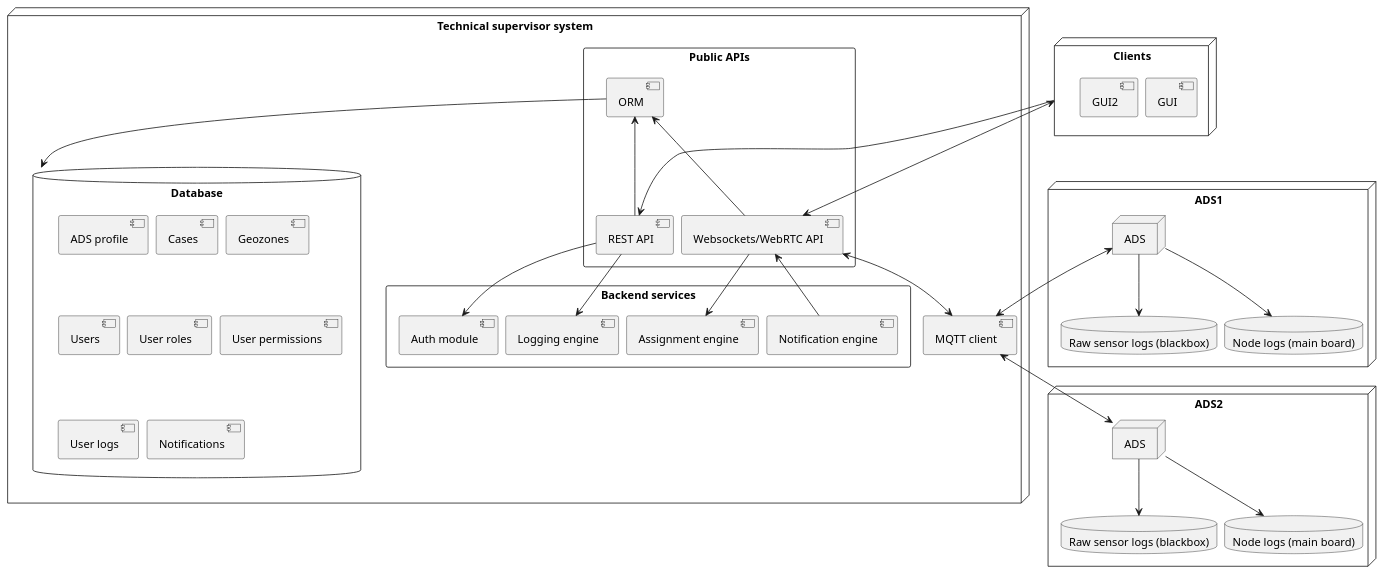
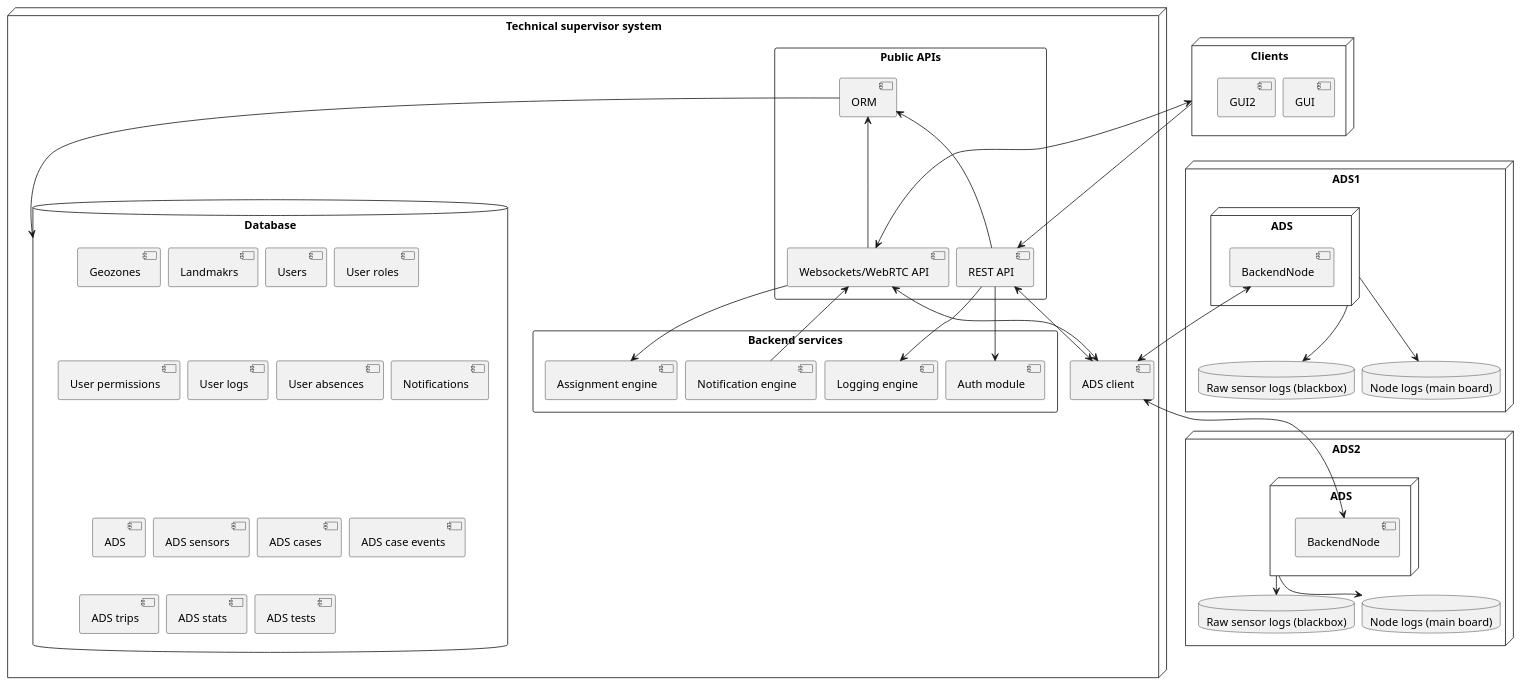
Before and after one commit to bruno-motorai/uml: the diagram in technical_supervisor/architecture.pu, drawn with PlantUML.

Commit message:
Architecture: Add backend node to ADS

```diff
--- a/technical_supervisor/architecture.pu
+++ b/technical_supervisor/architecture.pu
@@ -1,69 +1,81 @@
 @startuml
 skinparam nodesep 10
 skinparam ranksep 5
 
 scale 1.0
 
 node "Clients" as client_side {
     component "GUI" as gui
     component "GUI2" as gui2
 }
 
 node "Technical supervisor system" as ts {
     rectangle "Public APIs" {
             component "REST API" as rest_api
             component "Websockets/WebRTC API" as ws_api
             component "ORM" as orm
         }
 
     rectangle "Backend services" as backend {
         component "Auth module" as auth
         component "Assignment engine" as assignment_engine
         component "Notification engine" as notification_engine
         component "Logging engine" as log_engine
     }
 
-    component "MQTT client" as mqtt_client
+    component "ADS client" as ads_client
 
     database "Database" as db {
-        component "ADS profile"
-        component "Cases"
         component "Geozones"
+        component "Landmakrs"
         component "Users"
         component "User roles"
         component "User permissions"
         component "User logs"
+        component "User absences"
         component "Notifications"
+        component "ADS"
+        component "ADS sensors"
+        component "ADS cases"
+        component "ADS case events"
+        component "ADS trips"
+        component "ADS stats"
+        component "ADS tests"
     }
 }
 
 
 node "ADS1" as ads_node { 
-    node "ADS" as ads1
+    node "ADS" as ads1 {
+        component "BackendNode" as ads_backend
+    }
     database "Raw sensor logs (blackbox)" as raw_logs_ads1
     database "Node logs (main board)" as logs_ads1
 }
 
 node "ADS2" as ads_node2 { 
-    node "ADS" as ads2
+    node "ADS" as ads2 {
+        component "BackendNode" as ads_backend2
+    }
     database "Raw sensor logs (blackbox)" as raw_logs_ads2
     database "Node logs (main board)" as logs_ads2
 }
 
 ads1 -down-> raw_logs_ads1
 ads1 -down-> logs_ads1
 ads2 -down-> raw_logs_ads2
 ads2 -down-> logs_ads2
-ads1 <-d-> mqtt_client
-ads2 <-u-> mqtt_client
+ads_backend <-d-> ads_client
+ads_backend2 <-u-> ads_client
 client_side -down-> rest_api
 client_side <-down-> ws_api
 rest_api --> auth
 rest_api --> log_engine
 rest_api -u-> orm
 ws_api -u-> orm
 orm -d-> db
 ws_api -d-> assignment_engine
 notification_engine -r-> ws_api
-ws_api <-d-> mqtt_client
+ws_api <-d-> ads_client
+rest_api <-d-> ads_client
 @enduml
```
